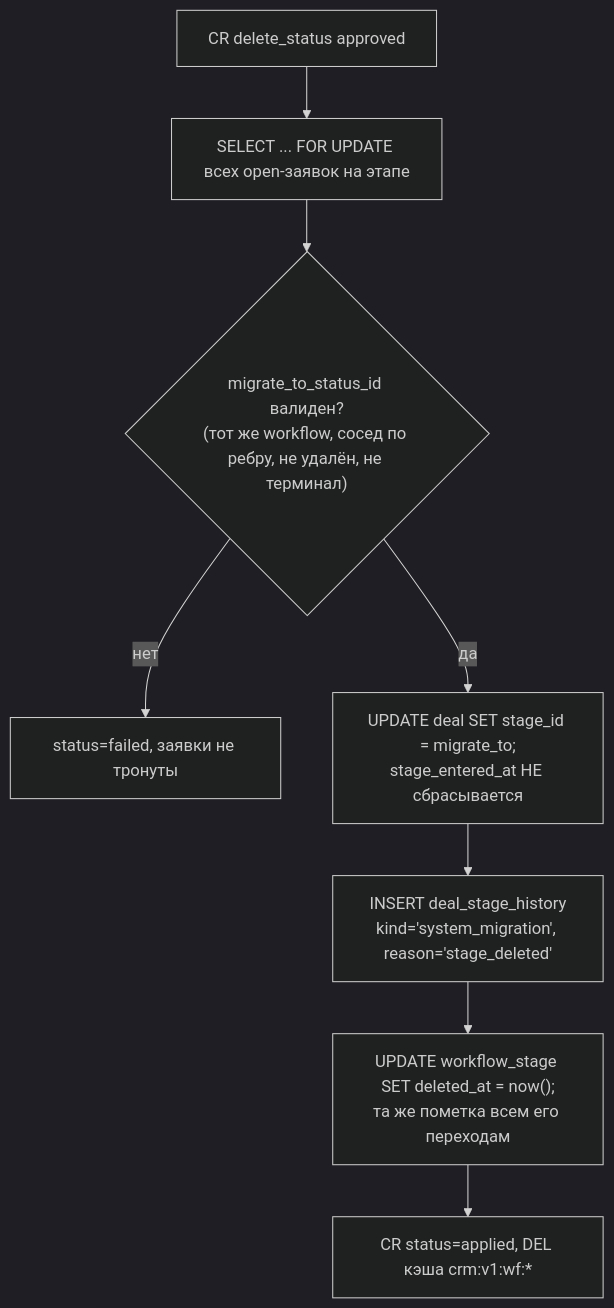
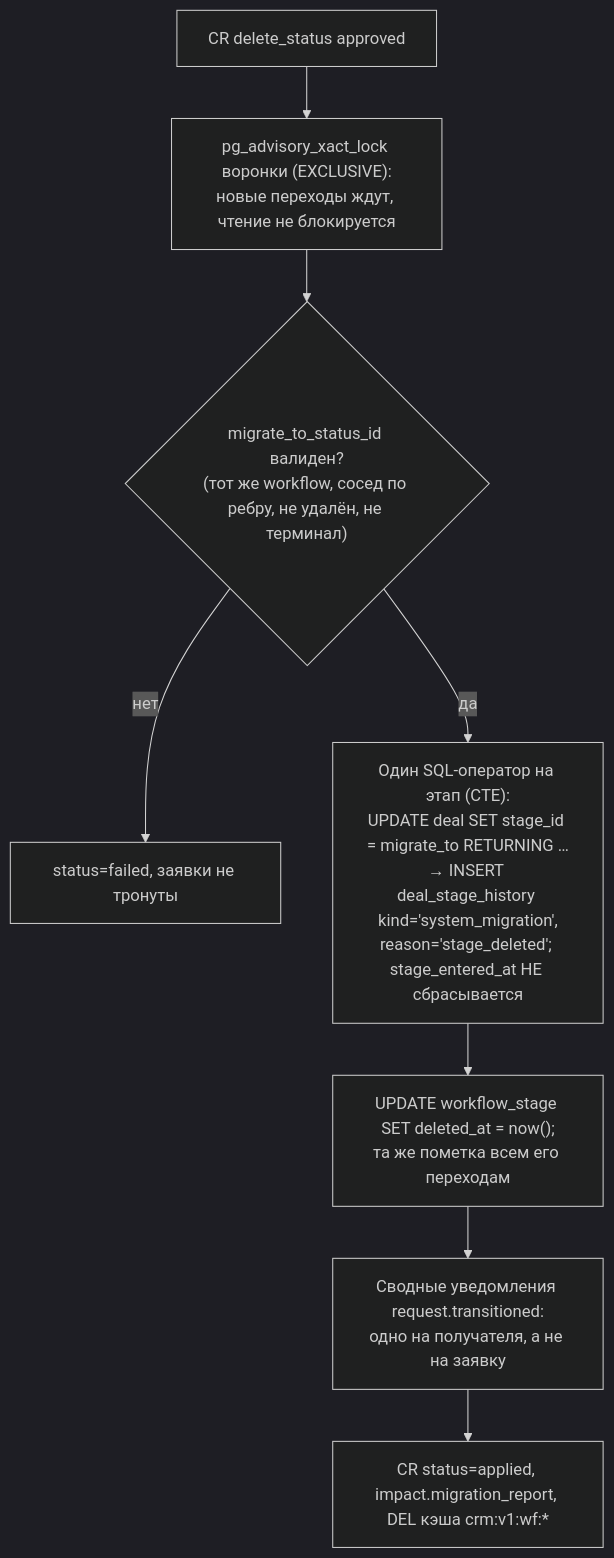
One commit to ilya2108/Collabse-LCT-Alma changed the seventh of 8 diagrams in docs/design/data-model.md. Above: the diagram before and after it, drawn with Mermaid (dark theme). The commit also changed other lines of this file and 26 other files, not shown here.

````diff
--- a/docs/design/data-model.md
+++ b/docs/design/data-model.md
@@ -745,10 +983,10 @@
 ```mermaid
 flowchart TD
-    A[CR delete_status approved] --> B["SELECT ... FOR UPDATE всех open-заявок на этапе"]
-    B --> C{"migrate_to_status_id валиден?<br/>(тот же workflow, сосед по ребру, не удалён, не терминал)"}
+    A[CR delete_status approved] --> L["pg_advisory_xact_lock воронки (EXCLUSIVE):<br/>новые переходы ждут, чтение не блокируется"]
+    L --> C{"migrate_to_status_id валиден?<br/>(тот же workflow, сосед по ребру, не удалён, не терминал)"}
     C -- нет --> F[status=failed, заявки не тронуты]
-    C -- да --> D["UPDATE deal SET stage_id = migrate_to;<br/>stage_entered_at НЕ сбрасывается"]
-    D --> E["INSERT deal_stage_history<br/>kind='system_migration', reason='stage_deleted'"]
-    E --> G["UPDATE workflow_stage SET deleted_at = now();<br/>та же пометка всем его переходам"]
-    G --> H[CR status=applied, DEL кэша crm:v1:wf:*]
+    C -- да --> D["Один SQL-оператор на этап (CTE):<br/>UPDATE deal SET stage_id = migrate_to RETURNING …<br/>→ INSERT deal_stage_history kind='system_migration',<br/>reason='stage_deleted'; stage_entered_at НЕ сбрасывается"]
+    D --> G["UPDATE workflow_stage SET deleted_at = now();<br/>та же пометка всем его переходам"]
+    G --> N["Сводные уведомления request.transitioned:<br/>одно на получателя, а не на заявку"]
+    N --> H[CR status=applied, impact.migration_report, DEL кэша crm:v1:wf:*]
 ```
````
